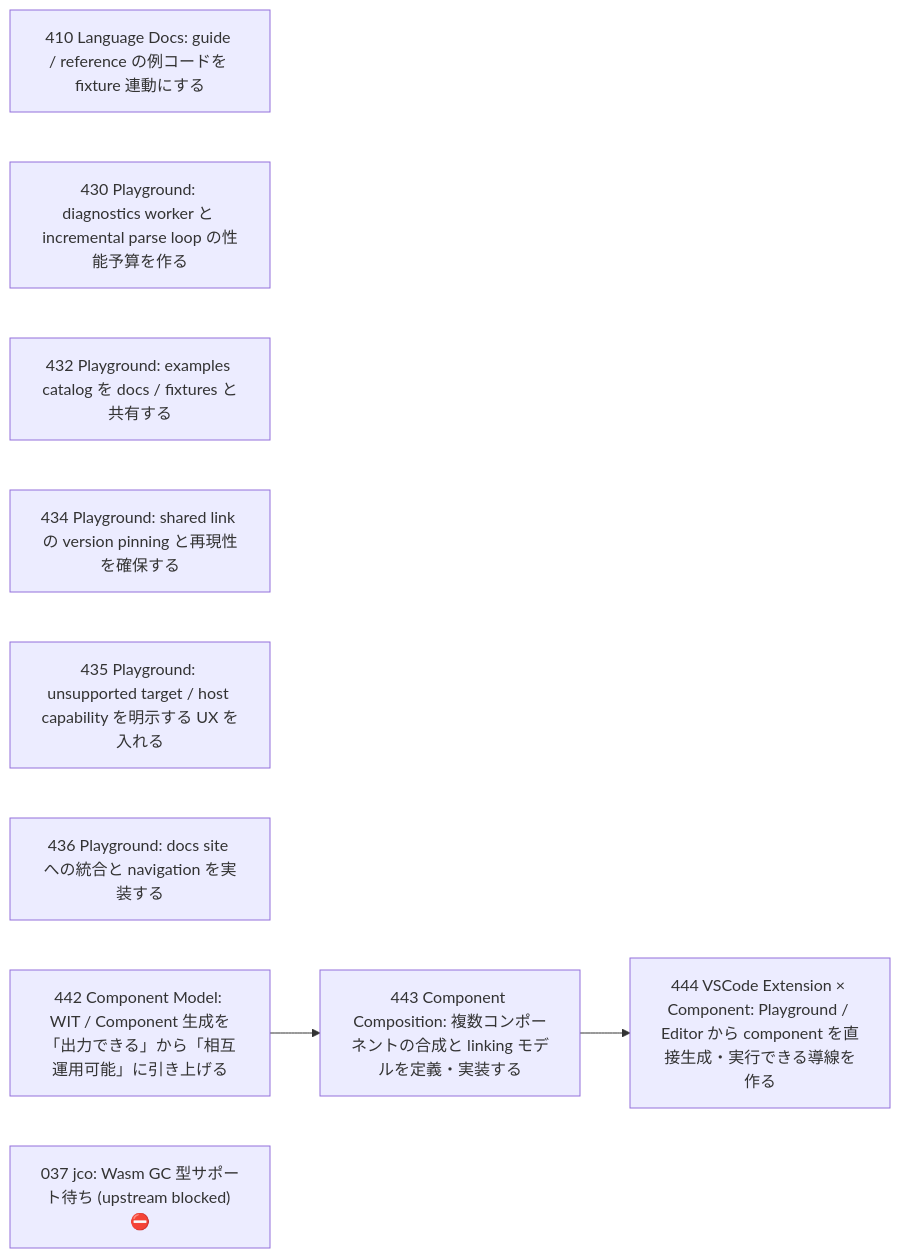
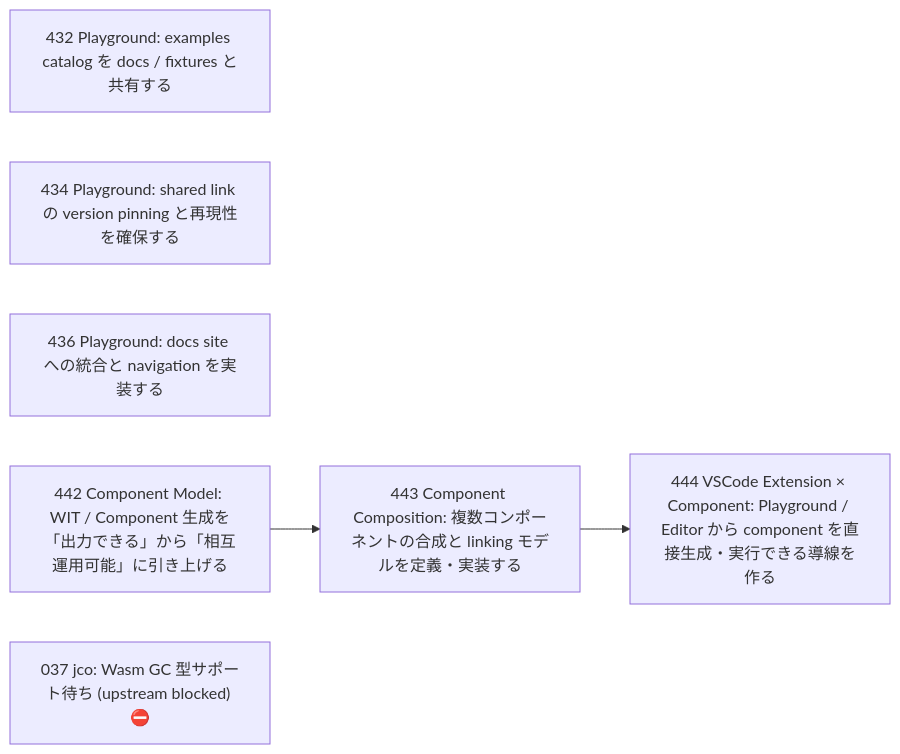
One commit to wogikaze/arukellt changed the diagram in issues/open/dependency-graph.md. Above: the diagram before and after it, drawn with Mermaid. The commit also changed other lines of this file and 4 other files, not shown here.

````diff
--- a/issues/open/dependency-graph.md
+++ b/issues/open/dependency-graph.md
@@ -7,15 +7,12 @@
 ```mermaid
 graph LR
-  I410["410 Language Docs: guide / reference の例コードを fixture 連動にする"]
-  I430["430 Playground: diagnostics worker と incremental parse loop の性能予算を作る"]
   I432["432 Playground: examples catalog を docs / fixtures と共有する"]
   I434["434 Playground: shared link の version pinning と再現性を確保する"]
-  I435["435 Playground: unsupported target / host capability を明示する UX を入れる"]
   I436["436 Playground: docs site への統合と navigation を実装する"]
   I442["442 Component Model: WIT / Component 生成を「出力できる」から「相互運用可能」に引き上げる"]
   I443["443 Component Composition: 複数コンポーネントの合成と linking モデルを定義・実装する"]
   I444["444 VSCode Extension × Component: Playground / Editor から component を直接生成・実行できる導線を作る"]
   I037["037 jco: Wasm GC 型サポート待ち (upstream blocked) ⛔"]
   I442 --> I443
   I443 --> I444
 ```
````
